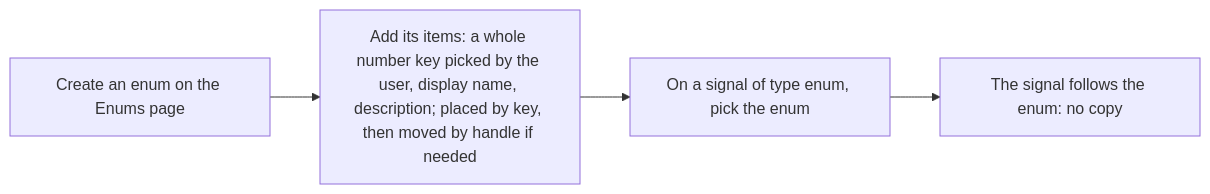
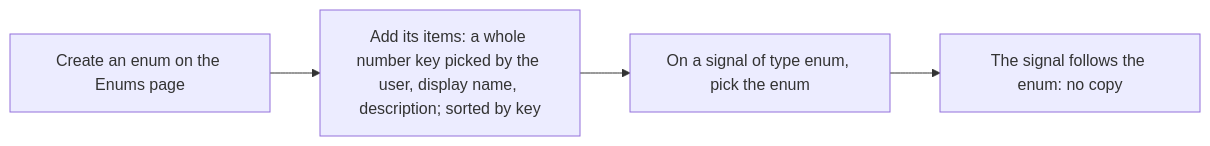
Diagram 34 of 52 in metadata/draft.md (AlexandreGallais/synoptic-studio-spec), drawn with Mermaid before and after one commit. The commit also changed other lines of this file and 4 other files, not shown here.

````diff
--- a/metadata/draft.md
+++ b/metadata/draft.md
@@ -935,6 +931,6 @@
 ```mermaid
 flowchart LR
-    A["Create an enum on the Enums page"] --> B["Add its items: a whole number key picked by the user, display name, description; placed by key, then moved by handle if needed"]
+    A["Create an enum on the Enums page"] --> B["Add its items: a whole number key picked by the user, display name, description; sorted by key"]
     B --> C["On a signal of type enum, pick the enum"]
     C --> D["The signal follows the enum: no copy"]
 ```
````
